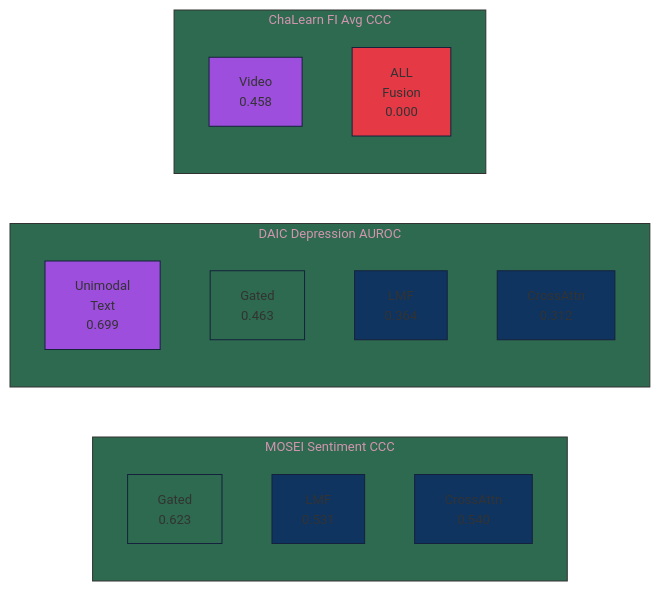
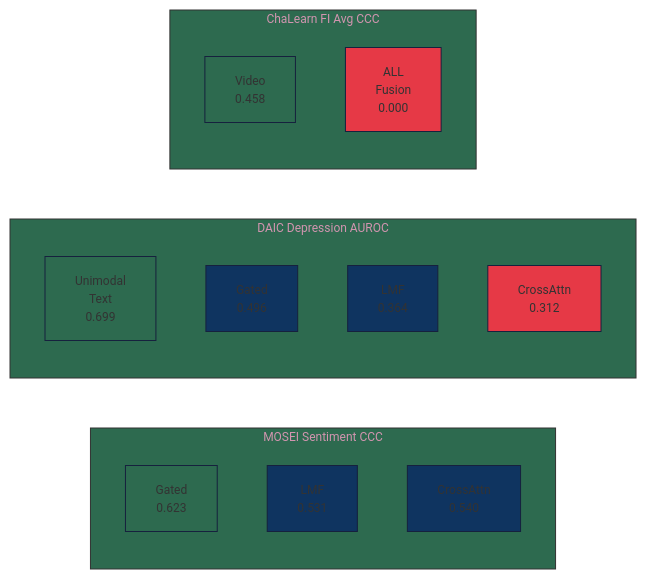
Before and after one commit to an-2018/experiment-5-unified-model: the diagram in paper/diagrams/results_fusion_comparison.mmd, drawn with Mermaid. The commit also changed 13 other files, not shown here.

Commit message:
feat: add comprehensive system architecture and analysis diagrams to thesis paper repository

```diff
--- a/paper/diagrams/results_fusion_comparison.mmd
+++ b/paper/diagrams/results_fusion_comparison.mmd
@@ -1,29 +1,29 @@
-%%{init: {'theme': 'base', 'themeVariables': { 'fontSize': '13px', 'primaryColor': '#1a1a2e', 'primaryBorderColor': '#16213e', 'lineColor': '#a0a0a0', 'secondaryColor': '#0f3460', 'tertiaryColor': '#2d6a4f' }} }%%
+%%{init: {'theme': 'base', 'themeVariables': { 'fontSize': '12px', 'primaryColor': '#1a1a2e', 'primaryBorderColor': '#16213e', 'lineColor': '#a0a0a0', 'secondaryColor': '#0f3460', 'tertiaryColor': '#2d6a4f' }} }%%
 flowchart LR
     subgraph MOSEI_data["MOSEI Sentiment CCC"]
         M_Gated["Gated<br/>0.623"]
         M_LMF["LMF<br/>0.531"]
         M_Cross["CrossAttn<br/>0.540"]
     end
 
     subgraph DAIC_data["DAIC Depression AUROC"]
         D_Text["Unimodal<br/>Text<br/>0.699"]
-        D_Gated["Gated<br/>0.463"]
+        D_Gated["Gated<br/>0.496"]
         D_LMF["LMF<br/>0.364"]
         D_Cross["CrossAttn<br/>0.312"]
     end
 
     subgraph FI_data["ChaLearn FI Avg CCC"]
         F_Video["Video<br/>0.458"]
         F_All["ALL<br/>Fusion<br/>0.000"]
     end
 
     style M_Gated fill:#2d6a4f
     style M_LMF fill:#0f3460
     style M_Cross fill:#0f3460
-    style D_Text fill:#9d4edd
-    style D_Gated fill:#2d6a4f
+    style D_Text fill:#2d6a4f
+    style D_Gated fill:#0f3460
     style D_LMF fill:#0f3460
-    style D_Cross fill:#0f3460
-    style F_Video fill:#9d4edd
+    style D_Cross fill:#e63946
+    style F_Video fill:#2d6a4f
     style F_All fill:#e63946
```
